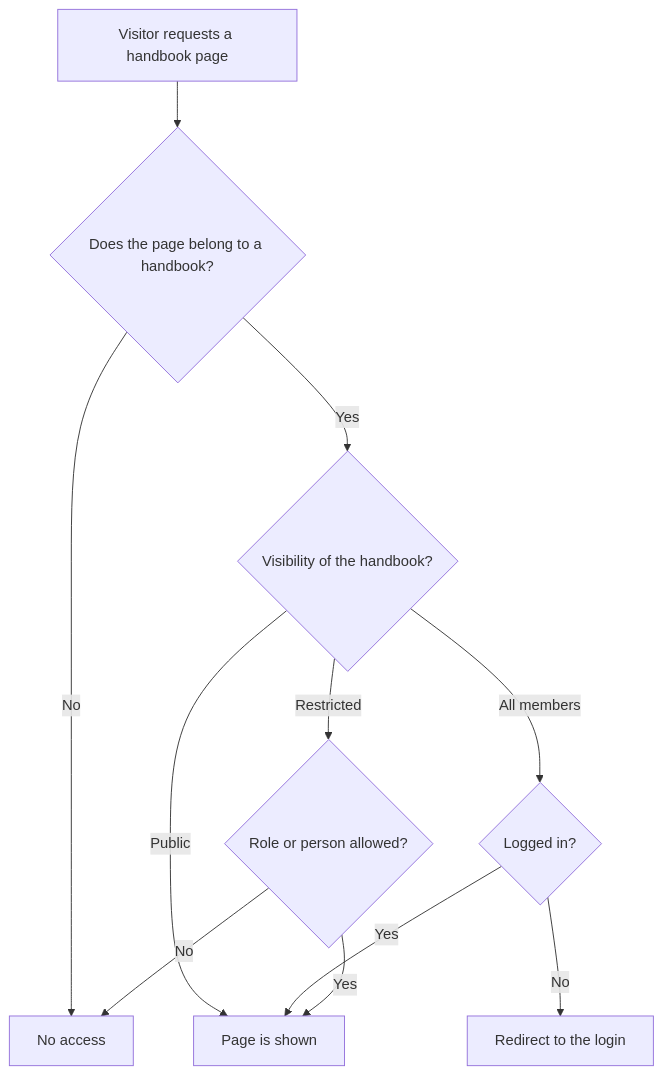
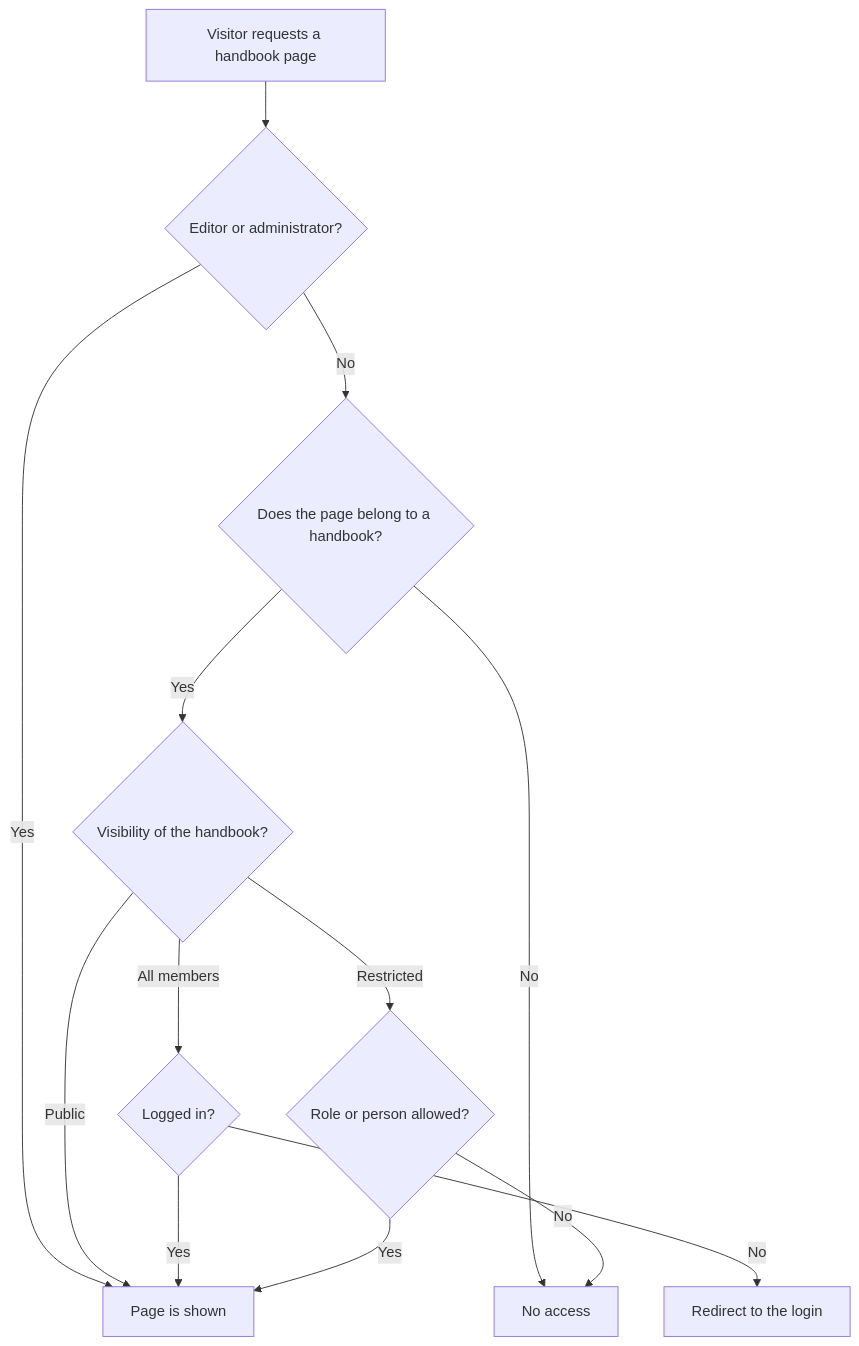
The diagram in docs/user/en/living-handbook/access/understanding-access.md (rfluethi/living-handbook), drawn with Mermaid before and after one commit. The commit also changed other lines of this file and 12 other files, not shown here.

````diff
--- a/docs/user/en/living-handbook/access/understanding-access.md
+++ b/docs/user/en/living-handbook/access/understanding-access.md
@@ -11,13 +11,15 @@
 ```mermaid
 graph TD;
-  A["Visitor requests a handbook page"] --> B{"Does the page belong to a handbook?"};
+  A["Visitor requests a handbook page"] --> R{"Editor or administrator?"};
+  R -->|"Yes"| Y["Page is shown"];
+  R -->|"No"| B{"Does the page belong to a handbook?"};
   B -->|"No"| X["No access"];
   B -->|"Yes"| C{"Visibility of the handbook?"};
   C -->|"Public"| Y["Page is shown"];
   C -->|"All members"| D{"Logged in?"};
   C -->|"Restricted"| E{"Role or person allowed?"};
   D -->|"Yes"| Y;
   D -->|"No"| L["Redirect to the login"];
   E -->|"Yes"| Y;
   E -->|"No"| X;
 ```
````
